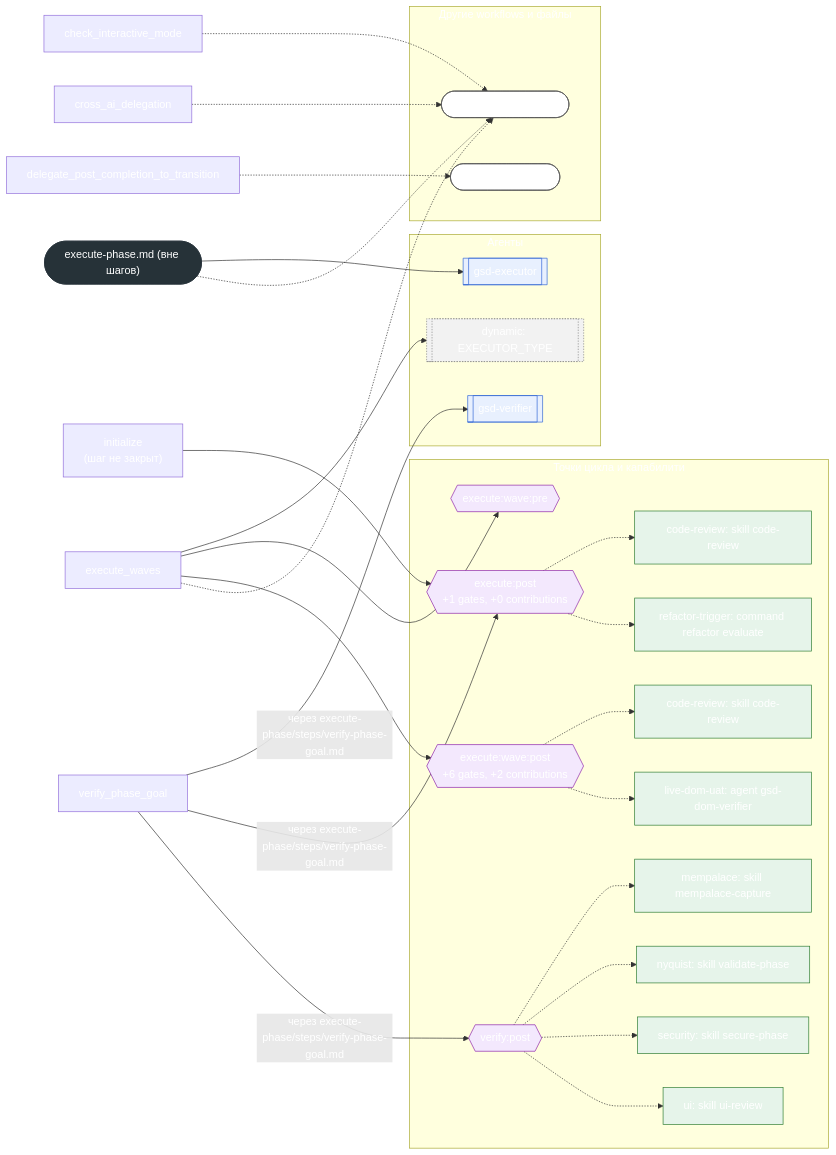
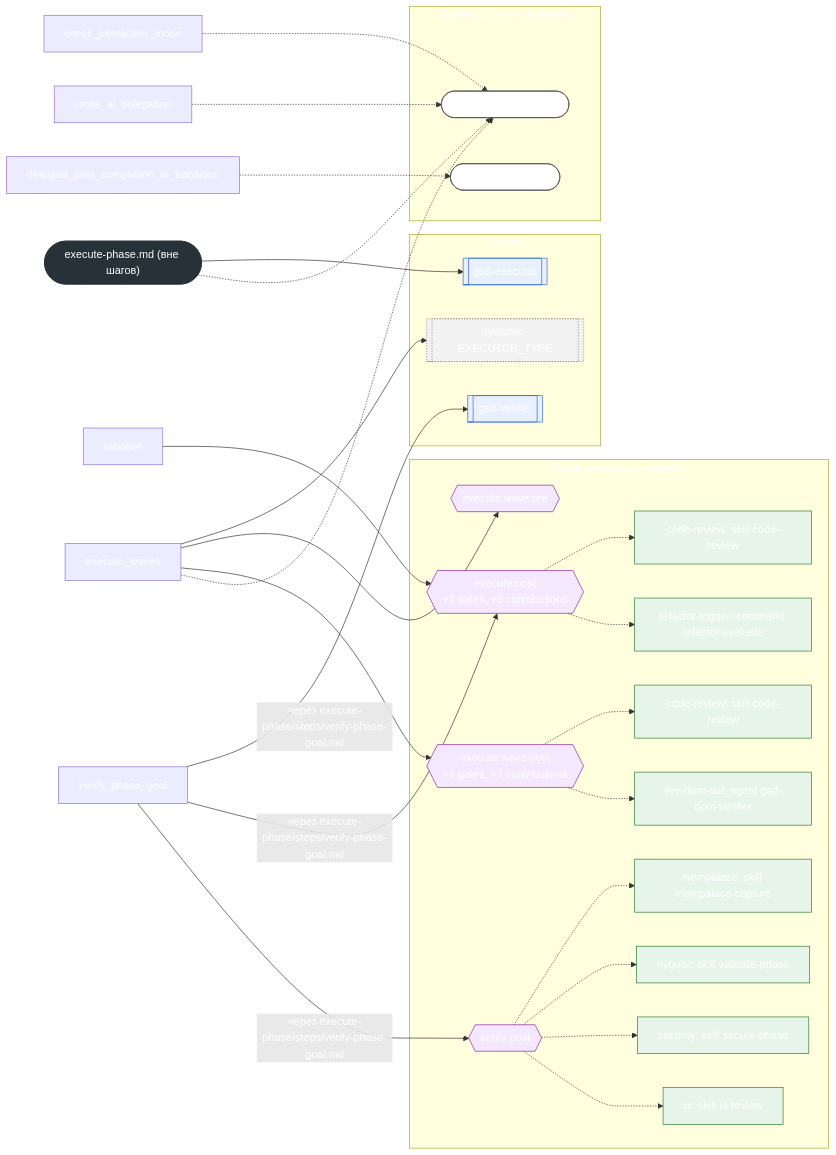
Before and after one commit to Govorin/gsd-core: the second of 2 diagrams in docs/reference/workflow-maps/execute-phase.md, drawn with Mermaid. The commit also changed other lines of this file and 20 other files, not shown here.

````diff
--- a/docs/reference/workflow-maps/execute-phase.md
+++ b/docs/reference/workflow-maps/execute-phase.md
@@ -76,64 +76,64 @@
 ```mermaid
 flowchart LR
   subgraph g_agents["Агенты"]
     a_gsd_executor[["gsd-executor"]]:::agent
     d_a_dyn_EXECUTOR_TYPE[["dynamic#58; EXECUTOR_TYPE"]]:::dynamic
     a_gsd_verifier[["gsd-verifier"]]:::agent
   end
   subgraph g_points["Точки цикла и капабилити"]
     p_execute_post{{"execute#58;post<br/>+1 gates, +0 contributions"}}:::point
     c_execute_post_code_review_skill_code_review["code-review#58; skill code-review"]:::capability
     c_execute_post_refactor_trigger_command_refactor_evaluate["refactor-trigger#58; command refactor evaluate"]:::capability
     p_execute_wave_pre{{"execute#58;wave#58;pre"}}:::point
     p_execute_wave_post{{"execute#58;wave#58;post<br/>+6 gates, +2 contributions"}}:::point
     c_execute_wave_post_code_review_skill_code_review["code-review#58; skill code-review"]:::capability
     c_execute_wave_post_live_dom_uat_agent_gsd_dom_verifier["live-dom-uat#58; agent gsd-dom-verifier"]:::capability
     p_verify_post{{"verify#58;post"}}:::point
     c_verify_post_mempalace_skill_mempalace_capture["mempalace#58; skill mempalace-capture"]:::capability
     c_verify_post_nyquist_skill_validate_phase["nyquist#58; skill validate-phase"]:::capability
     c_verify_post_security_skill_secure_phase["security#58; skill secure-phase"]:::capability
     c_verify_post_ui_skill_ui_review["ui#58; skill ui-review"]:::capability
   end
   subgraph g_files["Другие workflows и файлы"]
     w_gsd_core_workflows_execute_plan_md(["workflow#58; execute-plan"]):::workflow
     w_gsd_core_workflows_transition_md(["workflow#58; transition"]):::workflow
   end
   wf_root(["execute-phase.md (вне шагов)"]):::root
-  u_step_initialize["initialize<br/>(шаг не закрыт)"]
+  u_step_initialize["initialize"]
   u_step_check_interactive_mode["check_interactive_mode"]
   u_step_cross_ai_delegation["cross_ai_delegation"]
   u_step_execute_waves["execute_waves"]
   u_step_verify_phase_goal["verify_phase_goal"]
   u_step_delegate_post_completion_to_transition["delegate_post_completion_to_transition"]
   wf_root --> a_gsd_executor
   u_step_execute_waves --> d_a_dyn_EXECUTOR_TYPE
   u_step_verify_phase_goal -->|"через execute-phase/steps/verify-phase-goal.md"| a_gsd_verifier
   p_execute_post -.-> c_execute_post_code_review_skill_code_review
   p_execute_post -.-> c_execute_post_refactor_trigger_command_refactor_evaluate
   u_step_initialize --> p_execute_post
   u_step_execute_waves --> p_execute_wave_pre
   p_execute_wave_post -.-> c_execute_wave_post_code_review_skill_code_review
   p_execute_wave_post -.-> c_execute_wave_post_live_dom_uat_agent_gsd_dom_verifier
   u_step_execute_waves --> p_execute_wave_post
   u_step_verify_phase_goal -->|"через execute-phase/steps/verify-phase-goal.md"| p_execute_post
   p_verify_post -.-> c_verify_post_mempalace_skill_mempalace_capture
   p_verify_post -.-> c_verify_post_nyquist_skill_validate_phase
   p_verify_post -.-> c_verify_post_security_skill_secure_phase
   p_verify_post -.-> c_verify_post_ui_skill_ui_review
   u_step_verify_phase_goal -->|"через execute-phase/steps/verify-phase-goal.md"| p_verify_post
   wf_root -.-> w_gsd_core_workflows_execute_plan_md
   u_step_check_interactive_mode -.-> w_gsd_core_workflows_execute_plan_md
   u_step_cross_ai_delegation -.-> w_gsd_core_workflows_execute_plan_md
   u_step_execute_waves -.-> w_gsd_core_workflows_execute_plan_md
   u_step_delegate_post_completion_to_transition -.-> w_gsd_core_workflows_transition_md
   classDef missing fill:#fdecea,stroke:#d33,stroke-dasharray:4 3
   classDef unparsed fill:#f5f5f5,stroke:#999999,stroke-dasharray:4 3,color:#555
   classDef conditional fill:#fff8e1,stroke:#b28704
   classDef root fill:#263238,color:#ffffff,stroke:#263238
   classDef agent fill:#e8f0fe,stroke:#3367d6
   classDef builtin fill:#eeeeee,stroke:#777777
   classDef capability fill:#e6f4ea,stroke:#2e7d32
   classDef dynamic fill:#f2f2f2,stroke:#888,stroke-dasharray:2 2
   classDef point fill:#f3e8fd,stroke:#8e24aa
   classDef workflow fill:#ffffff,stroke:#555555
 ```
````
